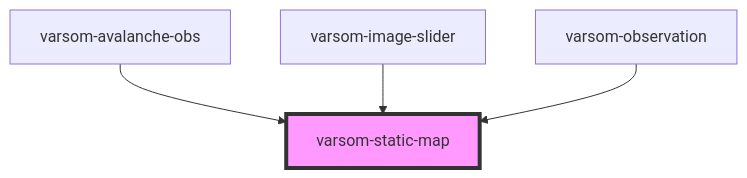
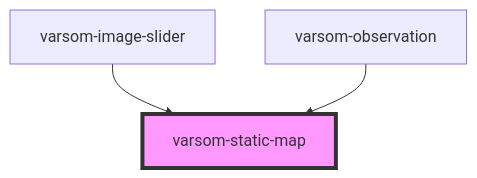
Before and after one commit to NVE/varsom-observation: the diagram in src/components/varsom-map/readme.md, drawn with Mermaid. The commit also changed other lines of this file and 6 other files, not shown here.

````diff
--- a/src/components/varsom-map/readme.md
+++ b/src/components/varsom-map/readme.md
@@ -27,7 +26,6 @@
 ```mermaid
 graph TD;
-  varsom-avalanche-obs --> varsom-static-map
   varsom-image-slider --> varsom-static-map
   varsom-observation --> varsom-static-map
   style varsom-static-map fill:#f9f,stroke:#333,stroke-width:4px
 ```
````
